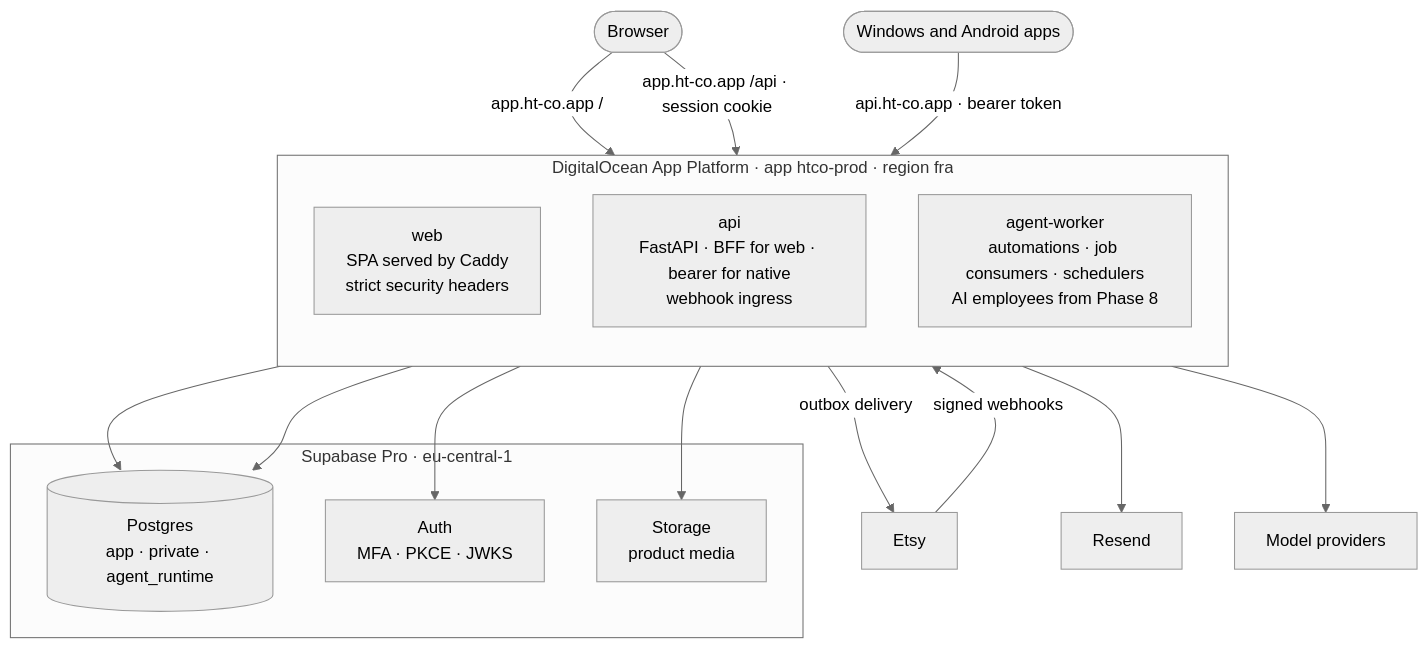
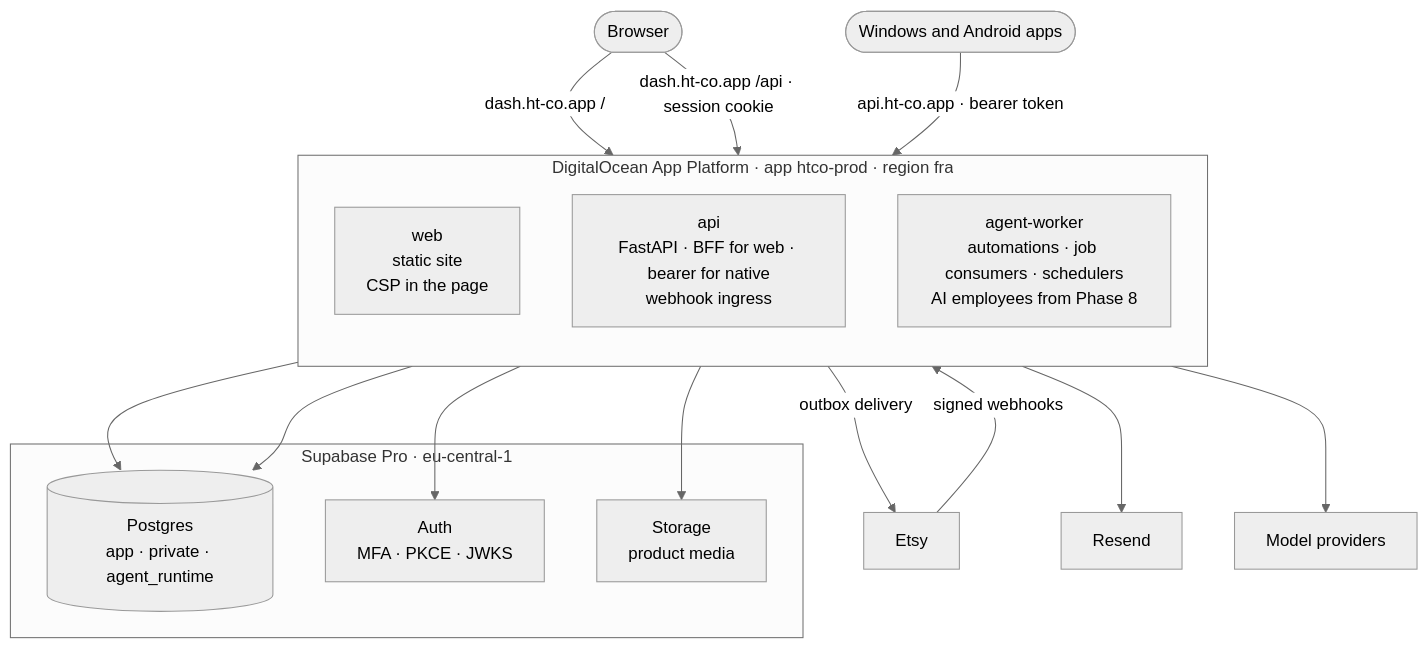
Before and after one commit to Tzvi1234/htco-platform: the second of 5 diagrams in docs/architecture/SOFTWARE_DESIGN.md, drawn with Mermaid (neutral theme). The commit also changed other lines of this file and 18 other files, not shown here.

Commit message:
feat: web app static site at dash.ht-co.app with a deploy budget check

````diff
--- a/docs/architecture/SOFTWARE_DESIGN.md
+++ b/docs/architecture/SOFTWARE_DESIGN.md
@@ -46,25 +46,25 @@
 ```mermaid
 flowchart TB
   subgraph DO[DigitalOcean App Platform · app htco-prod · region fra]
     direction TB
-    web[web<br/>SPA served by Caddy<br/>strict security headers]
+    web[web<br/>static site<br/>CSP in the page]
     api[api<br/>FastAPI · BFF for web · bearer for native<br/>webhook ingress]
     worker[agent-worker<br/>automations · job consumers · schedulers<br/>AI employees from Phase 8]
   end
   subgraph SB[Supabase Pro · eu-central-1]
     pg[(Postgres<br/>app · private · agent_runtime)]
     auth[Auth<br/>MFA · PKCE · JWKS]
     store[Storage<br/>product media]
   end
-  browser([Browser]) -->|app.ht-co.app /| web
-  browser -->|app.ht-co.app /api · session cookie| api
+  browser([Browser]) -->|dash.ht-co.app /| web
+  browser -->|dash.ht-co.app /api · session cookie| api
   native([Windows and Android apps]) -->|api.ht-co.app · bearer token| api
   etsy[Etsy] -->|signed webhooks| api
   api --> pg
   worker --> pg
   api --> auth
   worker --> store
   worker -->|outbox delivery| etsy
   worker --> resend[Resend]
   worker --> gw[Model providers]
 ```
````
